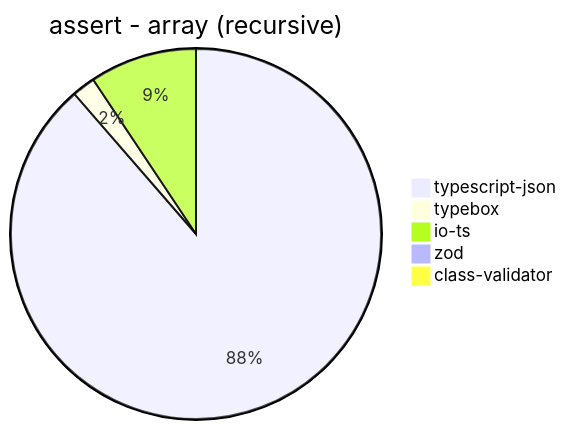
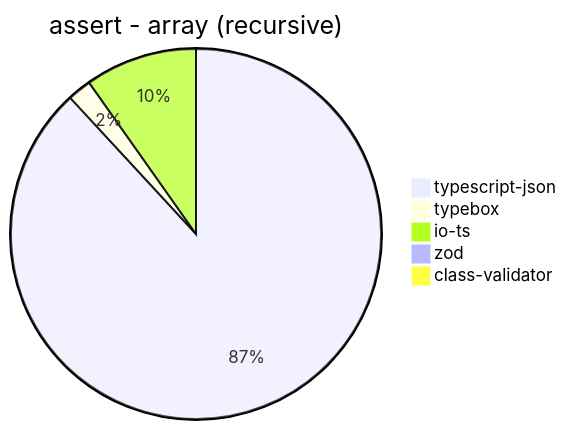
One commit to samchon/typia changed diagram 13 of 39 in benchmark/results/11th Gen Intel(R) Core(TM) i5-1135G7 @ 2.40GHz.md. Above: the diagram before and after it, drawn with Mermaid. The commit also changed other lines of this file and 6 other files, not shown here.

````diff
--- a/benchmark/results/11th Gen Intel(R) Core(TM) i5-1135G7 @ 2.40GHz.md
+++ b/benchmark/results/11th Gen Intel(R) Core(TM) i5-1135G7 @ 2.40GHz.md
@@ -166,8 +166,8 @@
 ```mermaid
 pie title assert - array (recursive)
-  "typescript-json": 1503.3975084937713
-  "typebox": 34.463276836158194
-  "io-ts": 158.6130579122095
-  "zod": 9.268015888027238
-  "class-validator": 3.6032619002465394
+  "typescript-json": 1519.5467422096317
+  "typebox": 35.950804162724694
+  "io-ts": 168.7150837988827
+  "zod": 9.056603773584905
+  "class-validator": 3.3994334277620397
 ```
````
